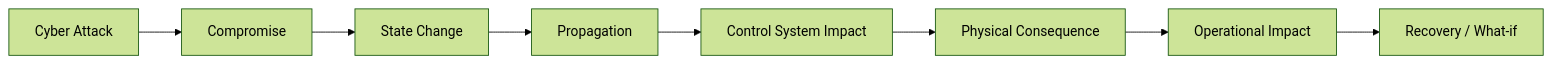
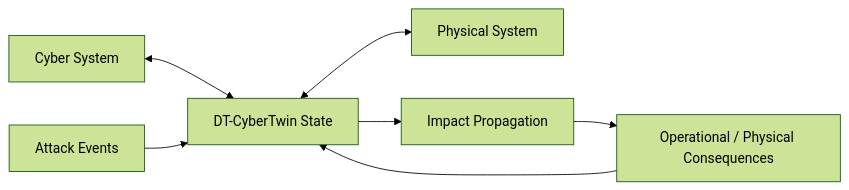
One commit to Anushree401/DT-CyberTwin changed the first of 12 diagrams in README.md. Above: the diagram before and after it, drawn with Mermaid (forest theme). The commit also changed other lines of this file, not shown here.

````diff
--- a/README.md
+++ b/README.md
@@ -11,10 +23,10 @@
 ```mermaid
 flowchart LR
-    A[Cyber Attack] --> B[Compromise]
-    B --> C[State Change]
-    C --> D[Propagation]
-    D --> E[Control System Impact]
-    E --> F[Physical Consequence]
-    F --> G[Operational Impact]
-    G --> H[Recovery / What-if]
+    A[Cyber System] <--> B[DT-CyberTwin State]
+    B <--> C[Physical System]
+
+    D[Attack Events] --> B
+    B --> E[Impact Propagation]
+    E --> F[Operational / Physical Consequences]
+    F --> B
 ```
````
